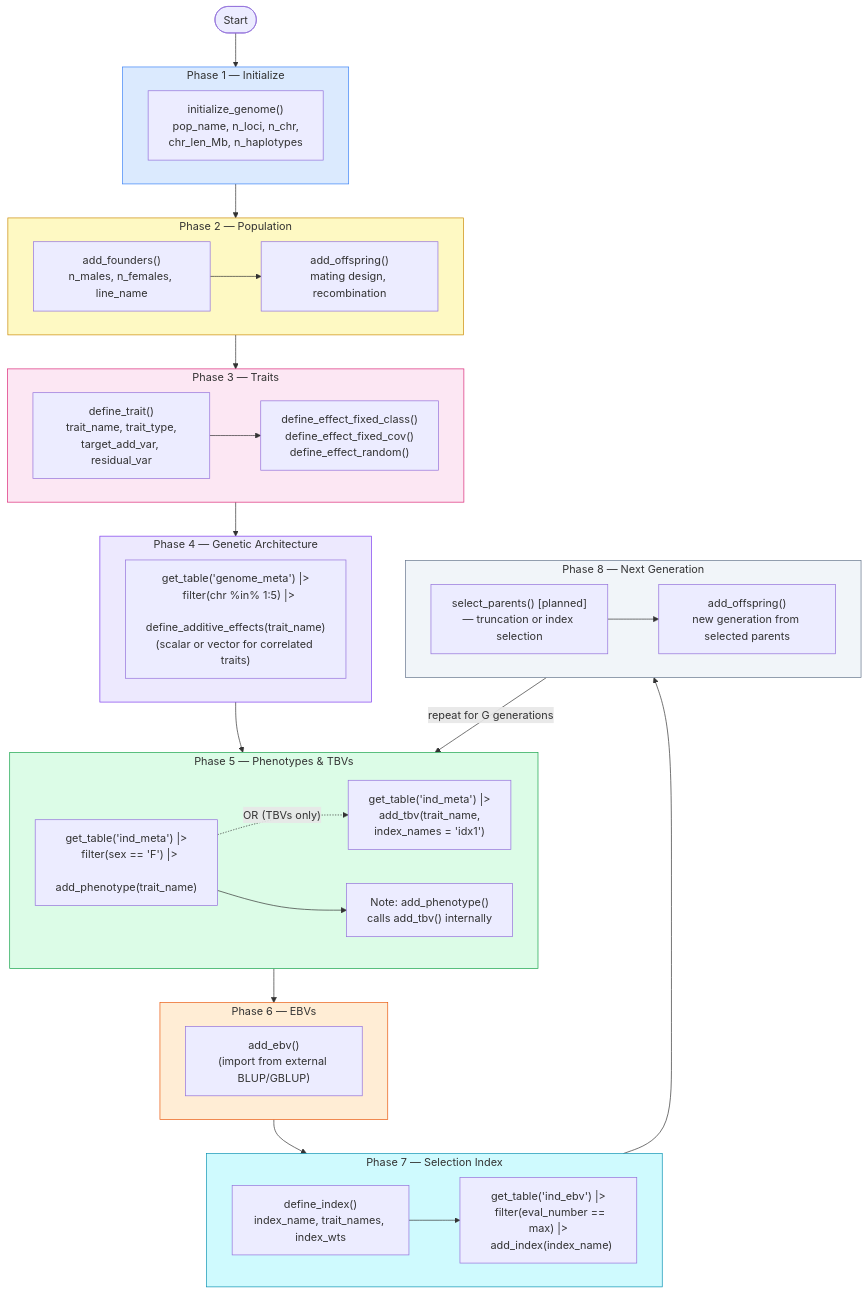
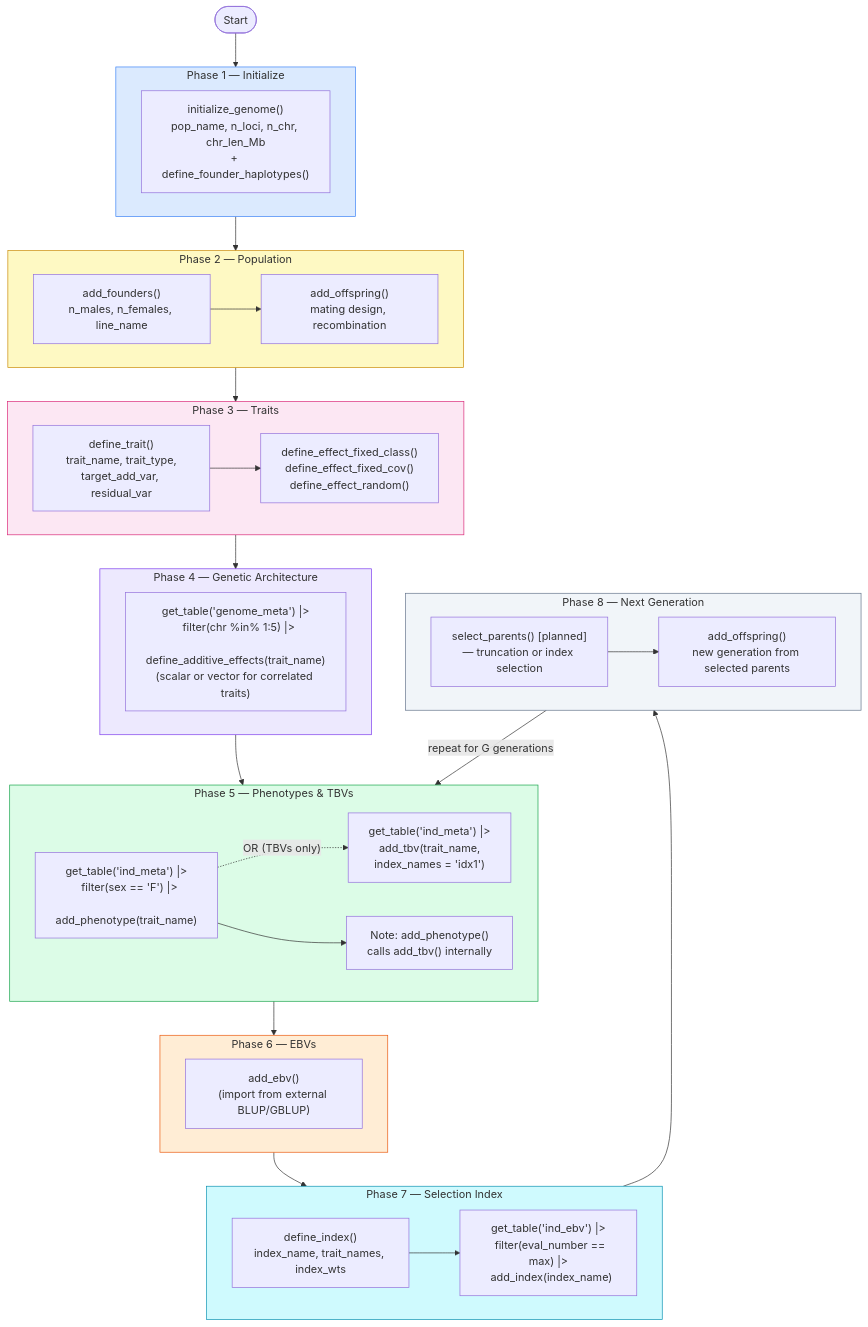
One commit to austin-putz/tidybreed changed the third of 6 diagrams in vignettes/overview.qmd. Above: the diagram before and after it, drawn with Mermaid. The commit also changed other lines of this file and 37 other files, not shown here.

First line of the commit message:
refactor: split define_founder_haplotypes() out of initialize_genome() (v0.37.0)

````diff
--- a/vignettes/overview.qmd
+++ b/vignettes/overview.qmd
@@ -234,69 +234,69 @@
 ```{mermaid}
 %%| eval: true
 %%| echo: false
 %%| fig-cap: "Complete function calling pipeline. Phases must proceed roughly top to bottom; within a phase, order is flexible."
 flowchart TD
     A(["Start"]) --> P1
 
     subgraph P1["Phase 1 — Initialize"]
-        F1["initialize_genome()<br/>pop_name, n_loci, n_chr,<br/>chr_len_Mb, n_haplotypes"]
+        F1["initialize_genome()<br/>pop_name, n_loci, n_chr, chr_len_Mb<br/>+ define_founder_haplotypes()"]
     end
 
     subgraph P2["Phase 2 — Population"]
         F2["add_founders()<br/>n_males, n_females, line_name"]
         F2B["add_offspring()<br/>mating design, recombination"]
         F2 --> F2B
     end
 
     subgraph P3["Phase 3 — Traits"]
         F3["define_trait()<br/>trait_name, trait_type,<br/>target_add_var, residual_var"]
         F3B["define_effect_fixed_class()<br/>define_effect_fixed_cov()<br/>define_effect_random()"]
         F3 --> F3B
     end
 
     subgraph P4["Phase 4 — Genetic Architecture"]
         F4["get_table('genome_meta') |><br/>  filter(chr %in% 1:5) |><br/>  define_additive_effects(trait_name)<br/>(scalar or vector for correlated traits)"]
     end
 
     subgraph P5["Phase 5 — Phenotypes & TBVs"]
         F5["get_table('ind_meta') |><br/>  filter(sex == 'F') |><br/>  add_phenotype(trait_name)"]
         F5N["Note: add_phenotype()<br/>calls add_tbv() internally"]
         F5B["get_table('ind_meta') |><br/>  add_tbv(trait_name,<br/>  index_names = 'idx1')"]
         F5 -. "OR (TBVs only)" .-> F5B
         F5 --> F5N
     end
 
     subgraph P6["Phase 6 — EBVs"]
         F6["add_ebv()<br/>(import from external BLUP/GBLUP)"]
     end
 
     subgraph P7["Phase 7 — Selection Index"]
         F7["define_index()<br/>index_name, trait_names, index_wts"]
         F7B["get_table('ind_ebv') |><br/>  filter(eval_number == max) |><br/>  add_index(index_name)"]
         F7 --> F7B
     end
 
     subgraph P8["Phase 8 — Next Generation"]
         F8["select_parents() [planned]<br/>— truncation or index selection"]
         F8B["add_offspring()<br/>new generation from selected parents"]
         F8 --> F8B
     end
 
     P1 --> P2
     P2 --> P3
     P3 --> P4
     P4 --> P5
     P5 --> P6
     P6 --> P7
     P7 --> P8
     P8 -->|"repeat for G generations"| P5
 
     style P1 fill:#dbeafe,stroke:#3b82f6
     style P2 fill:#fef9c3,stroke:#ca8a04
     style P3 fill:#fce7f3,stroke:#db2777
     style P4 fill:#ede9fe,stroke:#7c3aed
     style P5 fill:#dcfce7,stroke:#16a34a
     style P6 fill:#ffedd5,stroke:#ea580c
     style P7 fill:#cffafe,stroke:#0891b2
     style P8 fill:#f1f5f9,stroke:#64748b
 ```
````
